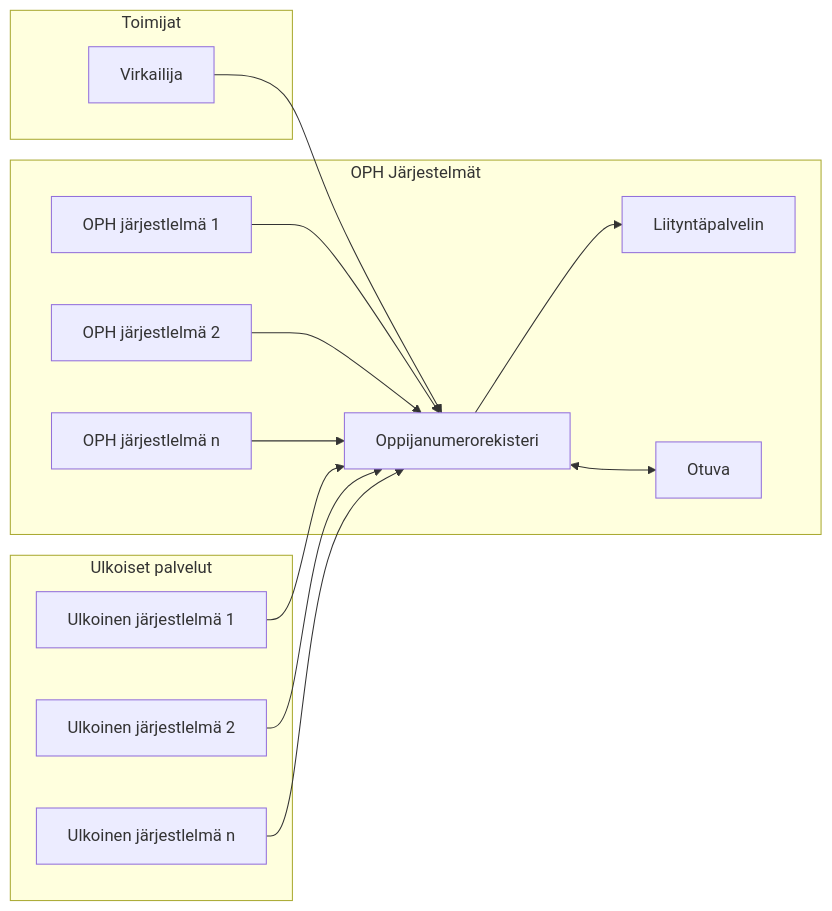
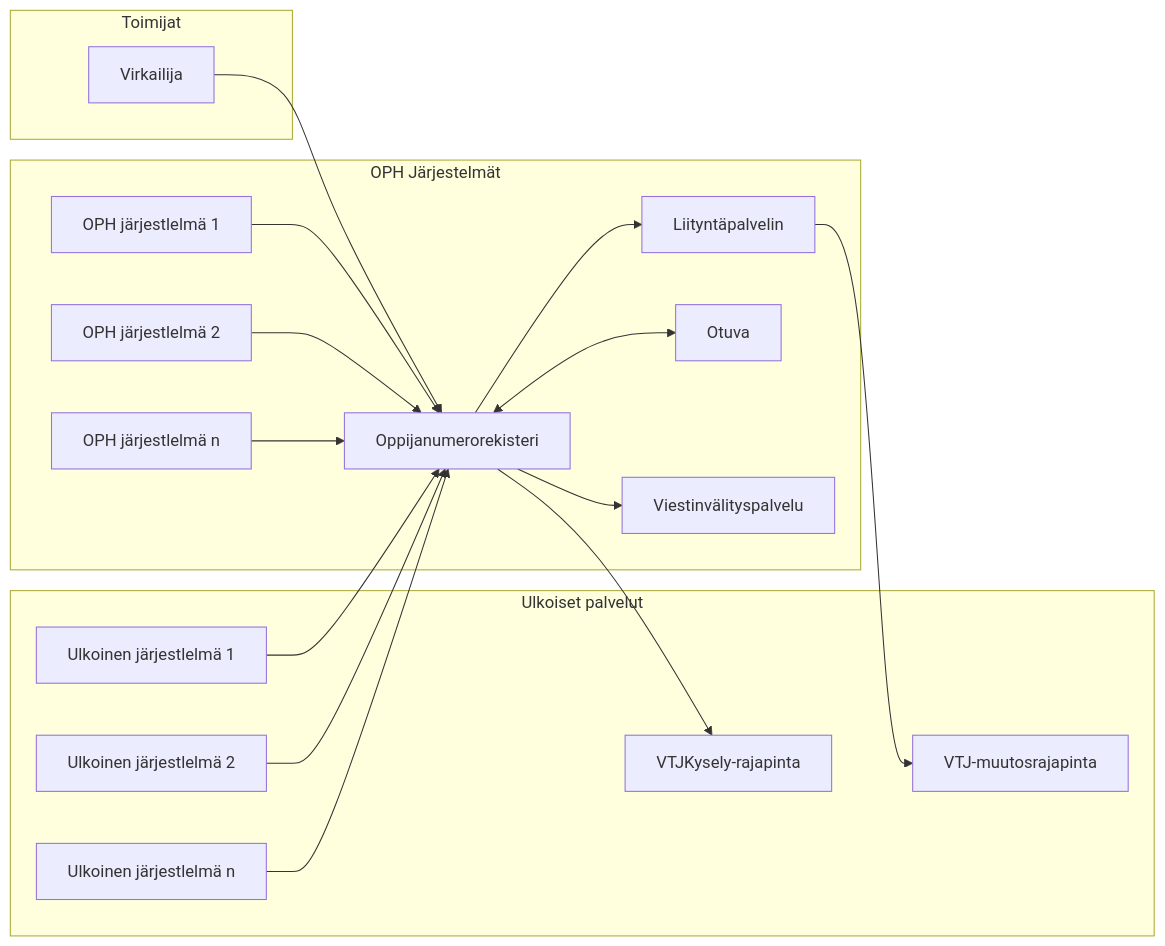
Before and after one commit to Opetushallitus/oppijanumerorekisteri: the diagram in doc/arkkitehtuuri.md, drawn with Mermaid.

Commit message:
OPHYK-312 Add missing services to integration graph

````diff
--- a/doc/arkkitehtuuri.md
+++ b/doc/arkkitehtuuri.md
@@ -3,30 +3,36 @@
 ```mermaid
 
 
 flowchart LR
     subgraph Toimijat
         Virkailija
+    end
+    subgraph Ulkoiset palvelut
+        ulkoiset_jarjestelmat_1[Ulkoinen järjestlelmä 1]
+        ulkoiset_jarjestelmat_2[Ulkoinen järjestlelmä 2]
+        ulkoiset_jarjestelmat_n[Ulkoinen järjestlelmä n]
+        VTJ-muutosrajapinta
+        VTJKysely-rajapinta
     end
     subgraph OPH Järjestelmät
         Oppijanumerorekisteri
         Liityntäpalvelin
         Otuva
         muut_jarjestelmat_1[OPH järjestlelmä 1]
         muut_jarjestelmat_2[OPH järjestlelmä 2]
         muut_jarjestelmat_n[OPH järjestlelmä n]
-    end
-    subgraph Ulkoiset palvelut
-        ulkoiset_jarjestelmat_1[Ulkoinen järjestlelmä 1]
-        ulkoiset_jarjestelmat_2[Ulkoinen järjestlelmä 2]
-        ulkoiset_jarjestelmat_n[Ulkoinen järjestlelmä n]
+        Viestinvälityspalvelu
     end
     Virkailija --> Oppijanumerorekisteri 
     Oppijanumerorekisteri <--> Otuva
+    Oppijanumerorekisteri --> Viestinvälityspalvelu
     Oppijanumerorekisteri --> Liityntäpalvelin
+    Liityntäpalvelin --> VTJ-muutosrajapinta
+    Oppijanumerorekisteri --> VTJKysely-rajapinta
     muut_jarjestelmat_1 --> Oppijanumerorekisteri
     muut_jarjestelmat_2 --> Oppijanumerorekisteri
     muut_jarjestelmat_n --> Oppijanumerorekisteri
     ulkoiset_jarjestelmat_1 --> Oppijanumerorekisteri
     ulkoiset_jarjestelmat_2 --> Oppijanumerorekisteri
     ulkoiset_jarjestelmat_n --> Oppijanumerorekisteri
 ```
````
